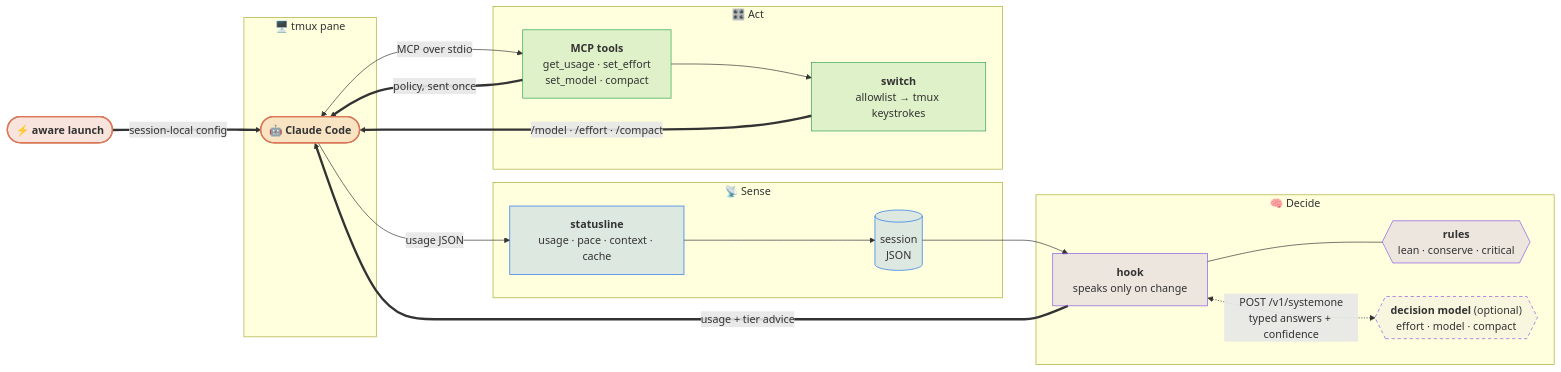
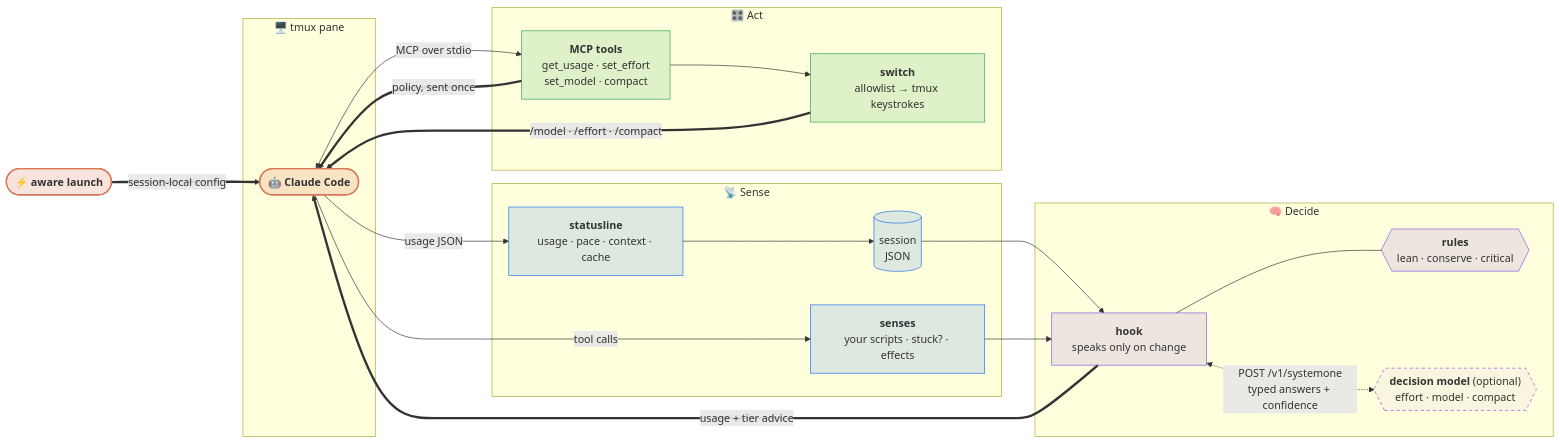
One commit to JGalego/aware changed the diagram in README.md. Above: the diagram before and after it, drawn with Mermaid. The commit also changed other lines of this file and 7 other files, not shown here.

Commit message:
feat: add custom senses, stuck detection, effect tracking and reset-aware advice

````diff
--- a/README.md
+++ b/README.md
@@ -52,43 +53,45 @@
 ```mermaid
 flowchart LR
     subgraph TERM["🖥️ tmux pane"]
         Claude(["🤖 <b>Claude Code</b>"])
     end
 
     subgraph SENSE["📡 Sense"]
         Status["<b>statusline</b><br/>usage · pace · context · cache"]
         Store[("session<br/>JSON")]
+        Senses["<b>senses</b><br/>your scripts · stuck? · effects"]
     end
 
     subgraph DECIDE["🧠 Decide"]
         Hook["<b>hook</b><br/>speaks only on change"]
         Rules{{"<b>rules</b><br/>lean · conserve · critical"}}
         DM{{"<b>decision model</b> (optional)<br/>effort · model · compact"}}
     end
 
     subgraph ACT["🎛️ Act"]
         MCP["<b>MCP tools</b><br/>get_usage · set_effort<br/>set_model · compact"]
         Switch["<b>switch</b><br/>allowlist → tmux keystrokes"]
     end
 
     Launch(["⚡ <b>aware launch</b>"]) ==>|"session-local config"| Claude
     Claude -->|"usage JSON"| Status --> Store --> Hook
+    Claude -->|"tool calls"| Senses --> Hook
     Hook --- Rules
     Hook <-.->|"POST /v1/systemone<br/>typed answers + confidence"| DM
     Hook ==>|"usage + tier advice"| Claude
     MCP ==>|"policy, sent once"| Claude
     Claude <-->|"MCP over stdio"| MCP
     MCP --> Switch
     Switch ==>|"/model · /effort · /compact"| Claude
 
     classDef agent fill:#d9775733,stroke:#d97757,stroke-width:2px
     classDef sense fill:#1f6feb26,stroke:#1f6feb
     classDef decide fill:#8957e526,stroke:#8957e5
     classDef opt fill:#8957e50d,stroke:#8957e5,stroke-dasharray:5 4
     classDef act fill:#2da44e26,stroke:#2da44e
     class Claude,Launch agent
-    class Status,Store sense
+    class Status,Store,Senses sense
     class Hook,Rules decide
     class DM opt
     class MCP,Switch act
 ```
````
